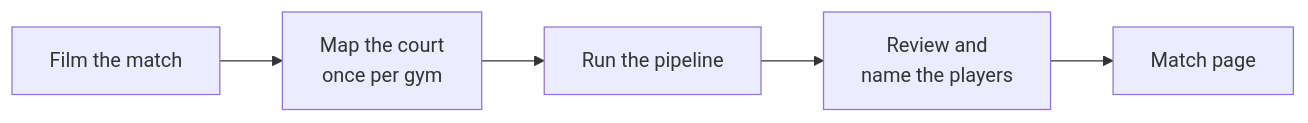
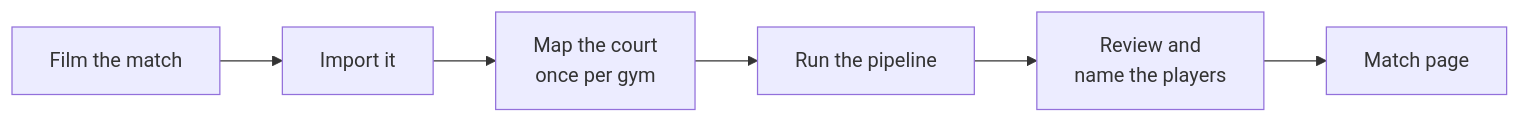
Before and after one commit to josselinbuils/volleyball-stats: the diagram in README.md, drawn with Mermaid. The commit also changed other lines of this file and 8 other files, not shown here.

````diff
--- a/README.md
+++ b/README.md
@@ -56,7 +67,8 @@
 ```mermaid
 flowchart LR
-    A[Film the match] --> B[Map the court<br>once per gym]
+    A[Film the match] --> I[Import it]
+    I --> B[Map the court<br>once per gym]
     B --> C[Run the pipeline]
     C --> D[Review and<br>name the players]
     D --> E[Match page]
 ```
````
